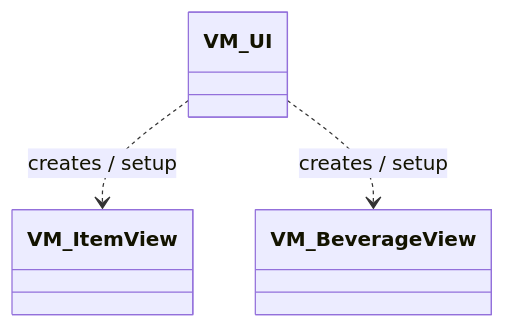
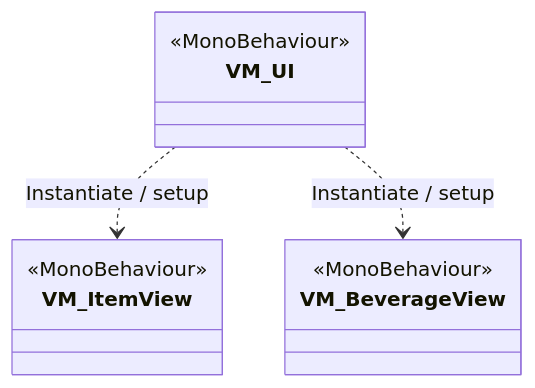
Before and after one commit to jms9896/Mybenefit_PreTest: the second of 6 diagrams in README.md, drawn with Mermaid. The commit also changed other lines of this file, not shown here.

Commit message:
20260614 - [클래스, 시퀀스] 다이어그램 수정

````diff
--- a/README.md
+++ b/README.md
@@ -135,9 +136,15 @@
     ```mermaid
     classDiagram
-        class VM_UI
-        class VM_ItemView
-        class VM_BeverageView
-        VM_UI ..> VM_ItemView : creates / setup
-        VM_UI ..> VM_BeverageView : creates / setup
+        class VM_UI {
+            <<MonoBehaviour>>
+        }
+        class VM_ItemView {
+            <<MonoBehaviour>>
+        }
+        class VM_BeverageView {
+            <<MonoBehaviour>>
+        }
+        VM_UI ..> VM_ItemView : Instantiate / setup
+        VM_UI ..> VM_BeverageView : Instantiate / setup
 
     ```
````
